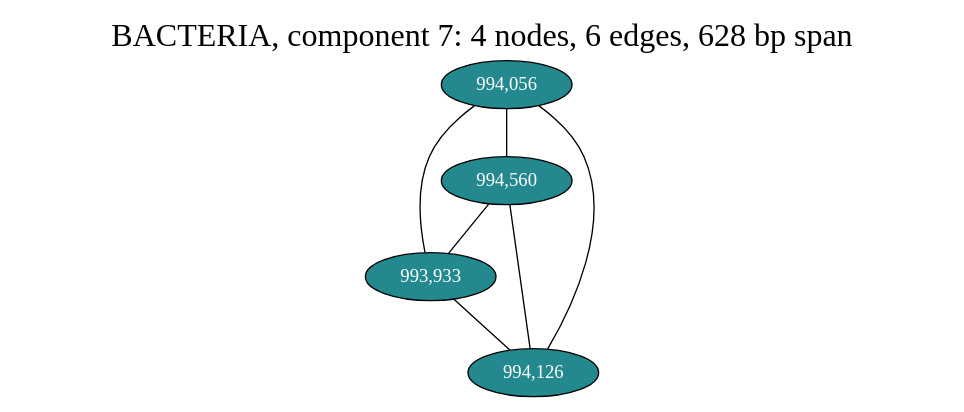
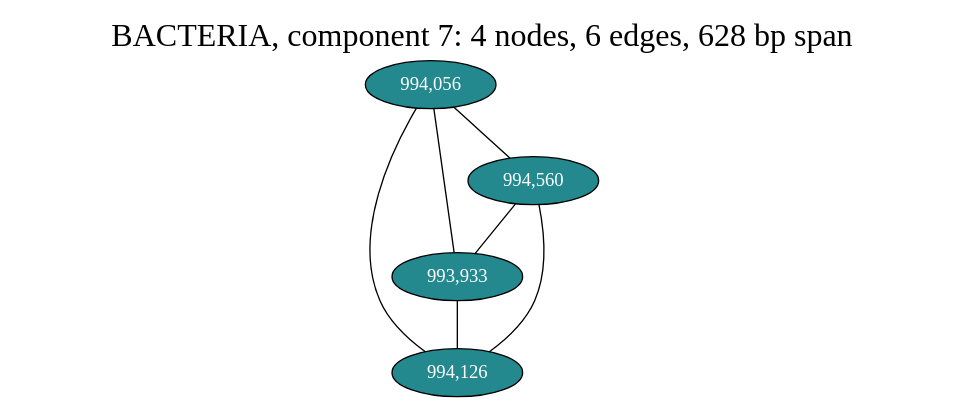
One commit to fedarko/sheepgut changed the diagram in notebooks/graphs/BACTERIA_cc7.gv. Above: the diagram before and after it, drawn with Graphviz. The commit also changed other lines of this file and 57 other files, not shown here.

```diff
--- a/notebooks/graphs/BACTERIA_cc7.gv
+++ b/notebooks/graphs/BACTERIA_cc7.gv
@@ -1,18 +1,18 @@
 graph BACTERIA_cc7 {
 	overlap="prism50";
 	outputorder="edgesfirst";
 	node [style="filled"];
 	label="BACTERIA, component 7: 4 nodes, 6 edges, 628 bp span";
 	labelloc="t";
 	fontsize=24;
+	"993,933" [fillcolor="#23898e", fontcolor="#ffffff"];
 	"994,056" [fillcolor="#23898e", fontcolor="#ffffff"];
+	"994,126" [fillcolor="#23898e", fontcolor="#ffffff"];
 	"994,560" [fillcolor="#23898e", fontcolor="#ffffff"];
-	"993,933" [fillcolor="#23898e", fontcolor="#ffffff"];
-	"994,126" [fillcolor="#23898e", fontcolor="#ffffff"];
 	"994,056" -- "993,933";
 	"994,056" -- "994,126";
 	"994,056" -- "994,560";
 	"994,560" -- "993,933";
 	"994,560" -- "994,126";
 	"993,933" -- "994,126";
 }
```
